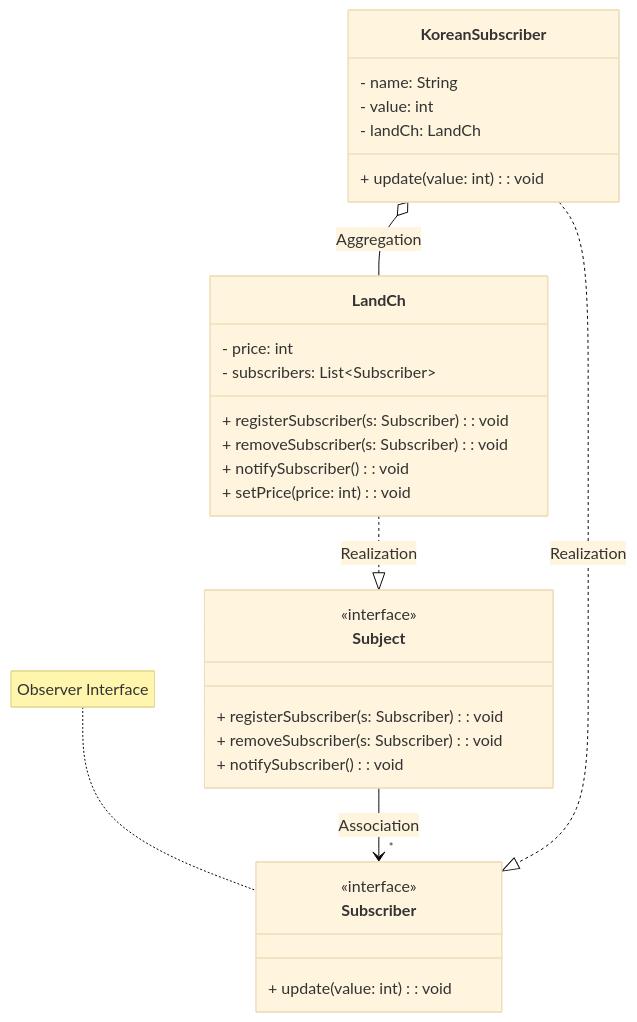
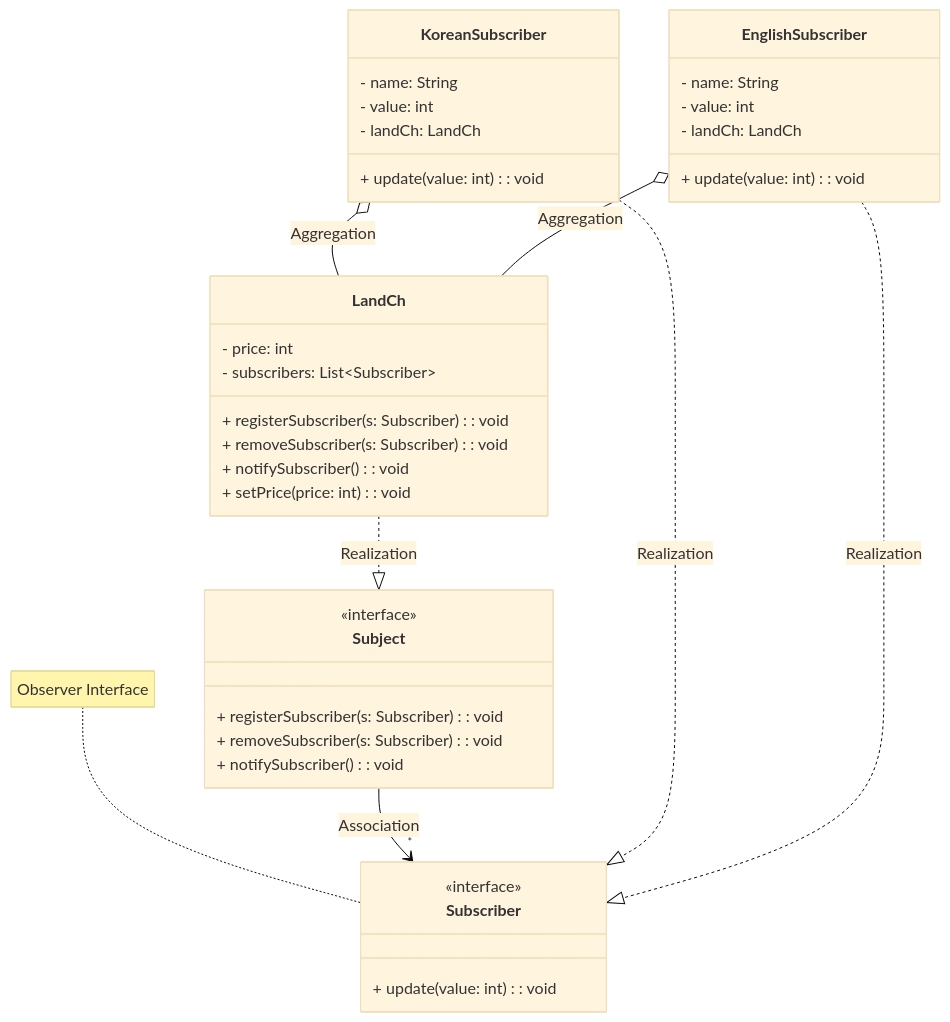
One commit to inhawinter/2023-Software-Engineering changed the diagram in week05/src/OBSERVER.md. Above: the diagram before and after it, drawn with Mermaid (base theme).

Commit message:
week05 observer pattern 03

````diff
--- a/week05/src/OBSERVER.md
+++ b/week05/src/OBSERVER.md
@@ -1,36 +1,45 @@
 ```mermaid
 classDiagram
     Subject --> "*" Subscriber : Association
     LandCh ..|> Subject : Realization
     KoreanSubscriber ..|> Subscriber : Realization
     KoreanSubscriber o-- LandCh : Aggregation
-
+    EnglishSubscriber ..|> Subscriber : Realization
+    EnglishSubscriber o-- LandCh : Aggregation
+    
     class Subject {
         <<interface>>
         + registerSubscriber(s: Subscriber): void
         + removeSubscriber(s: Subscriber): void
         + notifySubscriber(): void
     }
 
     class Subscriber {
         <<interface>>
         + update(value: int): void
     }
     note for Subscriber "Observer Interface"
     
     class LandCh {
         - price: int
         - subscribers: List~Subscriber~
         + registerSubscriber(s: Subscriber): void
         + removeSubscriber(s: Subscriber): void
         + notifySubscriber(): void
         + setPrice(price: int): void
     }
     
     class KoreanSubscriber {
         - name: String
         - value: int
         - landCh: LandCh
         + update(value: int): void
     }
+    
+    class EnglishSubscriber {
+        - name: String
+        - value: int
+        - landCh: LandCh
+        + update(value: int): void
+    }
 ```
````
